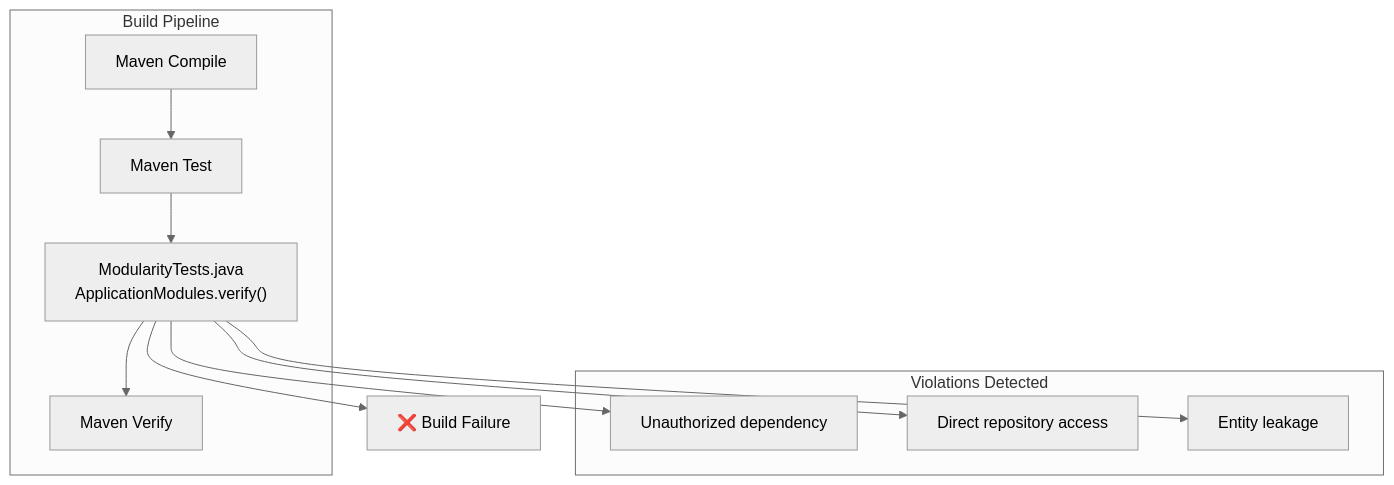
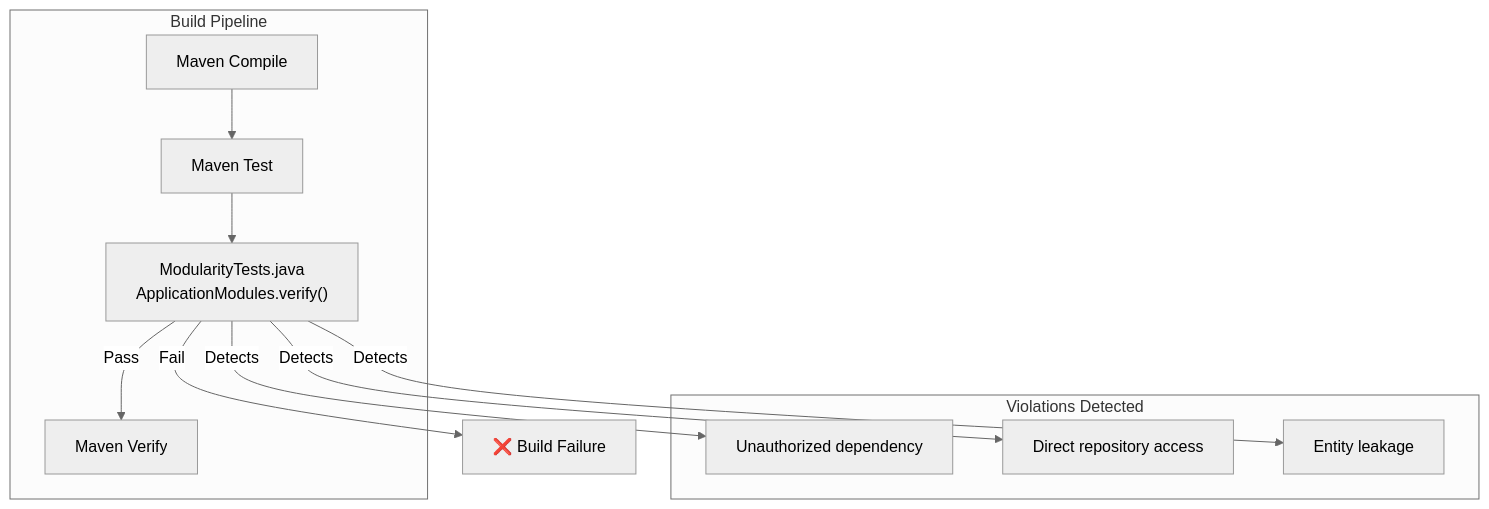
Diagram 12 of 12 in docs/deepwiki/Module-Structure-and-Boundaries.md (philipz/spring-modular-monolith), drawn with Mermaid (neutral theme) before and after one commit. The commit also changed other lines of this file and 55 other files, not shown here.

````diff
--- a/docs/deepwiki/Module-Structure-and-Boundaries.md
+++ b/docs/deepwiki/Module-Structure-and-Boundaries.md
@@ -897,33 +897,33 @@
 ```mermaid
 flowchart TD
 
 Compile["Maven Compile"]
 Test["Maven Test"]
 ModularityTests["ModularityTests.java<br>ApplicationModules.verify()"]
 Verify["Maven Verify"]
 BuildFail["❌ Build Failure"]
 UnauthorizedDep["Unauthorized dependency"]
 DirectRepoAccess["Direct repository access"]
 EntityLeakage["Entity leakage"]
 
-ModularityTests --> BuildFail
-ModularityTests --> UnauthorizedDep
-ModularityTests --> DirectRepoAccess
-ModularityTests --> EntityLeakage
+ModularityTests -->|"Fail"| BuildFail
+ModularityTests -->|"Detects"| UnauthorizedDep
+ModularityTests -->|"Detects"| DirectRepoAccess
+ModularityTests -->|"Detects"| EntityLeakage
 
 subgraph subGraph1 ["Violations Detected"]
     UnauthorizedDep
     DirectRepoAccess
     EntityLeakage
 end
 
 subgraph subGraph0 ["Build Pipeline"]
     Compile
     Test
     ModularityTests
     Verify
     Compile --> Test
     Test --> ModularityTests
-    ModularityTests --> Verify
+    ModularityTests -->|"Pass"| Verify
 end
 ```
````
